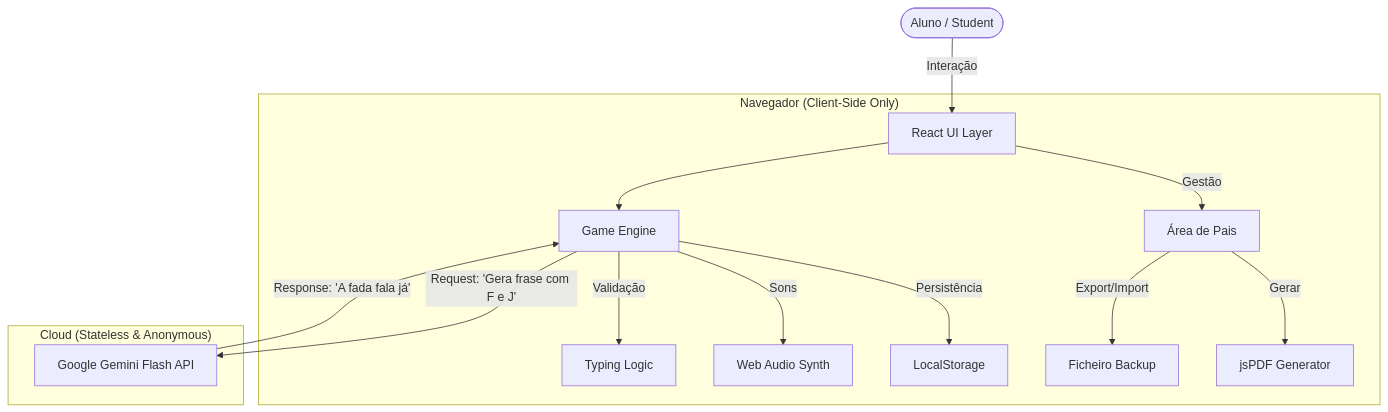
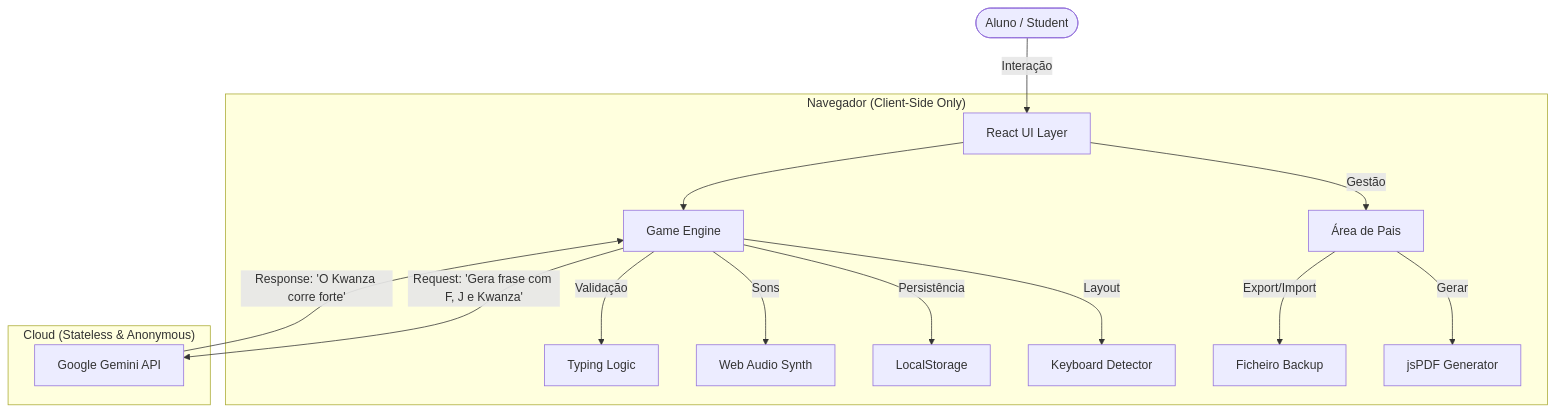
One commit to clrogon/MagicKeyboard changed the diagram in README.md. Above: the diagram before and after it, drawn with Mermaid. The commit also changed other lines of this file and 6 other files, not shown here.

````diff
--- a/README.md
+++ b/README.md
@@ -96,20 +102,21 @@
 ```mermaid
 graph TD
     User([Aluno / Student]) -->|Interação| UI[React UI Layer]
     
     subgraph "Navegador (Client-Side Only)"
         UI --> Engine[Game Engine]
         Engine -->|Validação| Typist[Typing Logic]
         Engine -->|Sons| Audio[Web Audio Synth]
         Engine -->|Persistência| LocalStore[LocalStorage]
+        Engine -->|Layout| LayoutMgr[Keyboard Detector]
         
         UI -->|Gestão| ParentDash[Área de Pais]
         ParentDash -->|Export/Import| JSON[Ficheiro Backup]
         ParentDash -->|Gerar| PDF[jsPDF Generator]
     end
     
     subgraph "Cloud (Stateless & Anonymous)"
-        Engine -->|Request: 'Gera frase com F e J'| Gemini[Google Gemini Flash API]
-        Gemini -->|Response: 'A fada fala já'| Engine
+        Engine -->|Request: 'Gera frase com F, J e Kwanza'| Gemini[Google Gemini API]
+        Gemini -->|Response: 'O Kwanza corre forte'| Engine
     end
 ```
````
